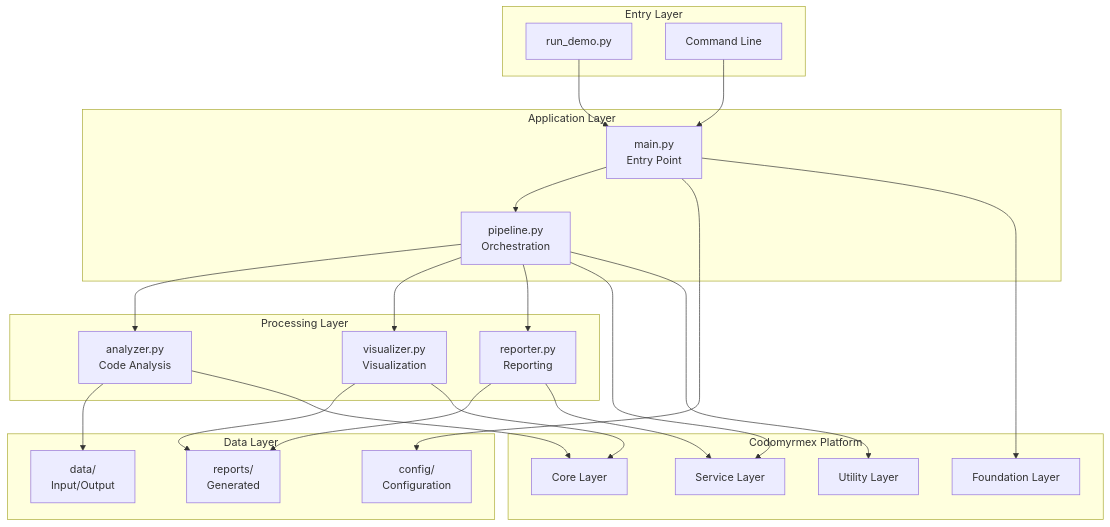
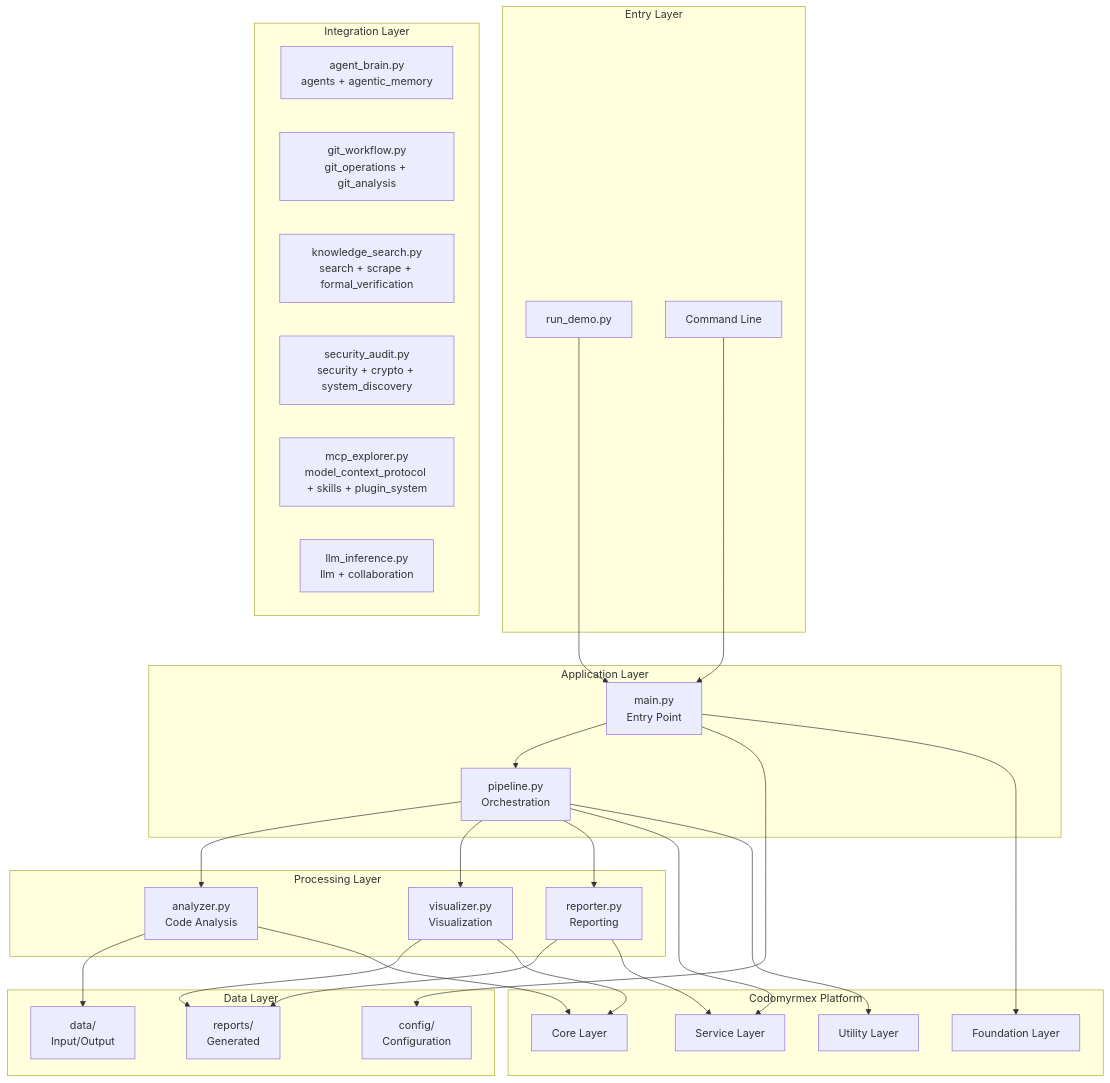
One commit to docxology/codomyrmex changed the diagram in projects/test_project/SPEC.md. Above: the diagram before and after it, drawn with Mermaid. The commit also changed 268 other files, not shown here.

````diff
--- a/projects/test_project/SPEC.md
+++ b/projects/test_project/SPEC.md
@@ -60,50 +60,59 @@
 ```mermaid
 graph TB
     subgraph "Entry Layer"
         Demo[run_demo.py]
         CLI[Command Line]
     end
 
     subgraph "Application Layer"
         Main[main.py<br/>Entry Point]
         Pipeline[pipeline.py<br/>Orchestration]
     end
 
     subgraph "Processing Layer"
         Analyzer[analyzer.py<br/>Code Analysis]
         Visualizer[visualizer.py<br/>Visualization]
         Reporter[reporter.py<br/>Reporting]
+    end
+
+    subgraph "Integration Layer"
+        AgentBrain[agent_brain.py<br/>agents + agentic_memory]
+        GitWorkflow[git_workflow.py<br/>git_operations + git_analysis]
+        KnowledgeSearch[knowledge_search.py<br/>search + scrape + formal_verification]
+        SecurityAudit[security_audit.py<br/>security + crypto + system_discovery]
+        MCPExplorer[mcp_explorer.py<br/>model_context_protocol + skills + plugin_system]
+        LLMInference[llm_inference.py<br/>llm + collaboration]
     end
 
     subgraph "Data Layer"
         Config[config/<br/>Configuration]
         Data[data/<br/>Input/Output]
         Reports[reports/<br/>Generated]
     end
 
     subgraph "Codomyrmex Platform"
         Foundation[Foundation Layer]
         Core[Core Layer]
         Service[Service Layer]
         Utility[Utility Layer]
     end
 
     Demo --> Main
     CLI --> Main
     Main --> Pipeline
     Pipeline --> Analyzer
     Pipeline --> Visualizer
     Pipeline --> Reporter
     
     Analyzer --> Data
     Visualizer --> Reports
     Reporter --> Reports
     Main --> Config
     
     Main --> Foundation
     Analyzer --> Core
     Visualizer --> Core
     Reporter --> Service
     Pipeline --> Service
     Pipeline --> Utility
 ```
````
